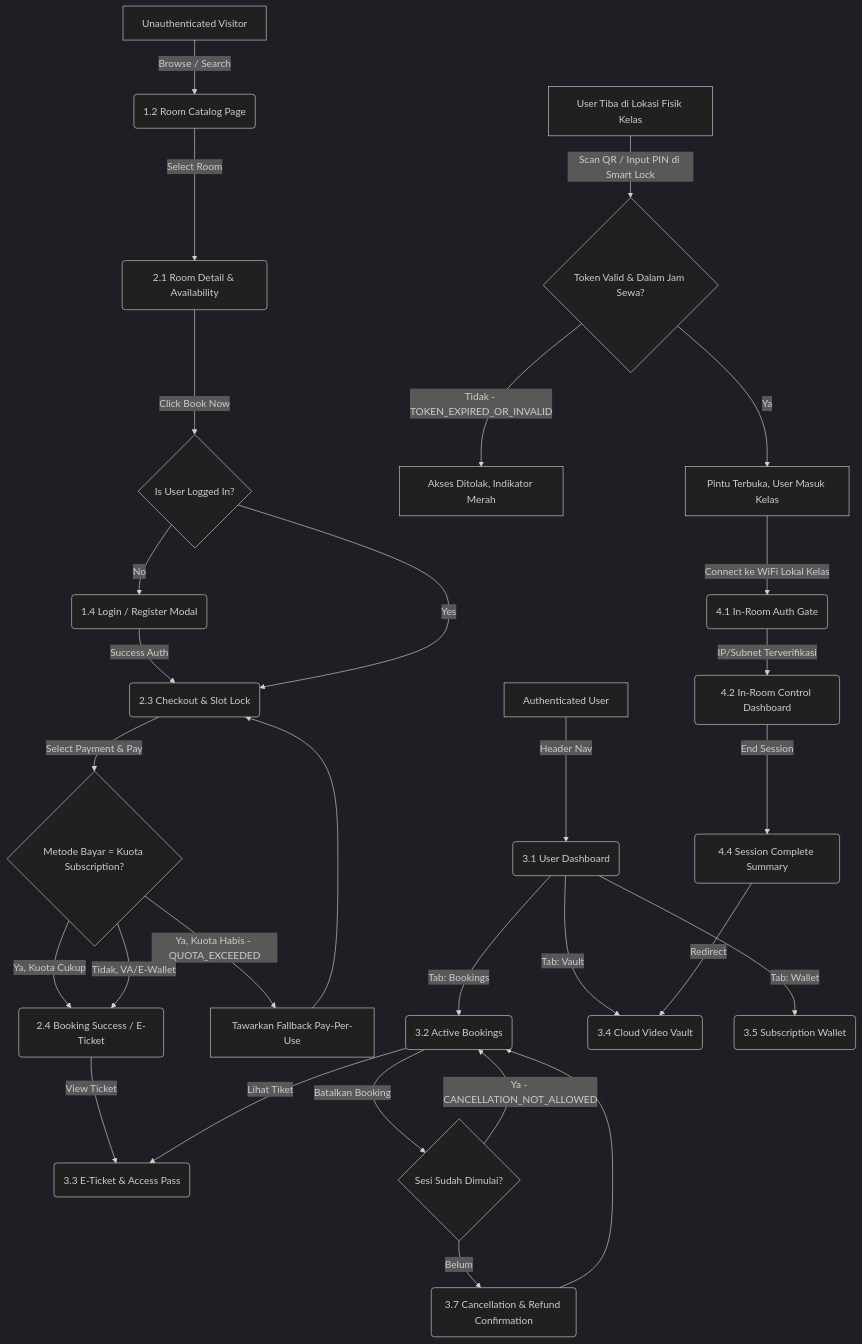
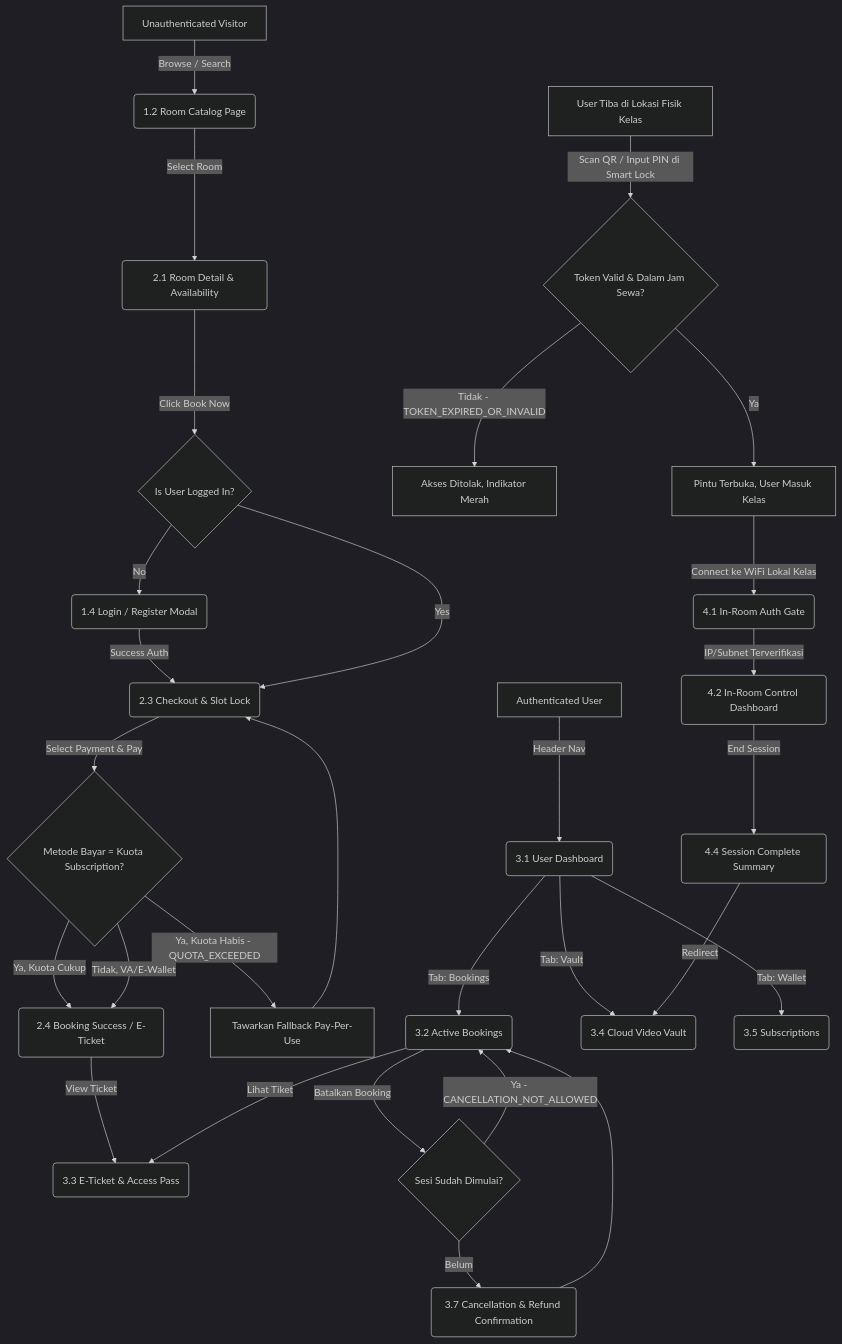
One commit to hudsam/vc-classroom changed the first of 3 diagrams in docs/04_InformationArchitecture.md. Above: the diagram before and after it, drawn with Mermaid (dark theme). The commit also changed other lines of this file and 1 other file, not shown here.

````diff
--- a/docs/04_InformationArchitecture.md
+++ b/docs/04_InformationArchitecture.md
@@ -91,39 +92,39 @@
 ```mermaid
 graph TD
     %% Nodes Def
     A[Unauthenticated Visitor] -->|Browse / Search| B(1.2 Room Catalog Page)
     B -->|Select Room| C(2.1 Room Detail & Availability)
     C -->|Click Book Now| D{Is User Logged In?}
     
     D -->|No| E(1.4 Login / Register Modal)
     E -->|Success Auth| F(2.3 Checkout & Slot Lock)
     D -->|Yes| F
     
     F -->|Select Payment & Pay| PayCheck{Metode Bayar = Kuota Subscription?}
     PayCheck -->|Ya, Kuota Cukup| G(2.4 Booking Success / E-Ticket)
     PayCheck -->|Ya, Kuota Habis - QUOTA_EXCEEDED| F2[Tawarkan Fallback Pay-Per-Use]
     F2 --> F
     PayCheck -->|Tidak, VA/E-Wallet| G
     
     G -->|View Ticket| H(3.3 E-Ticket & Access Pass)
     
     %% Dashboard Context
     I[Authenticated User] -->|Header Nav| J(3.1 User Dashboard)
     J -->|Tab: Bookings| K2(3.2 Active Bookings)
     K2 -->|Lihat Tiket| H
     K2 -->|Batalkan Booking| CancelChk{Sesi Sudah Dimulai?}
     CancelChk -->|Ya - CANCELLATION_NOT_ALLOWED| K2
     CancelChk -->|Belum| K3(3.7 Cancellation & Refund Confirmation)
     K3 --> K2
     J -->|Tab: Vault| K(3.4 Cloud Video Vault)
-    J -->|Tab: Wallet| L(3.5 Subscription Wallet)
+    J -->|Tab: Wallet| L(3.5 Subscriptions)
     
     %% In-Room Context — dipisah eksplisit: unlock pintu fisik (kanal MQTT) vs akses dashboard (kanal HTTP/WiFi)
     M[User Tiba di Lokasi Fisik Kelas] -->|Scan QR / Input PIN di Smart Lock| M2{Token Valid & Dalam Jam Sewa?}
     M2 -->|Tidak - TOKEN_EXPIRED_OR_INVALID| M4[Akses Ditolak, Indikator Merah]
     M2 -->|Ya| M3[Pintu Terbuka, User Masuk Kelas]
     M3 -->|Connect ke WiFi Lokal Kelas| N(4.1 In-Room Auth Gate)
     N -->|IP/Subnet Terverifikasi| O(4.2 In-Room Control Dashboard)
     O -->|End Session| P(4.4 Session Complete Summary)
     P -->|Redirect| K
 ```
````
